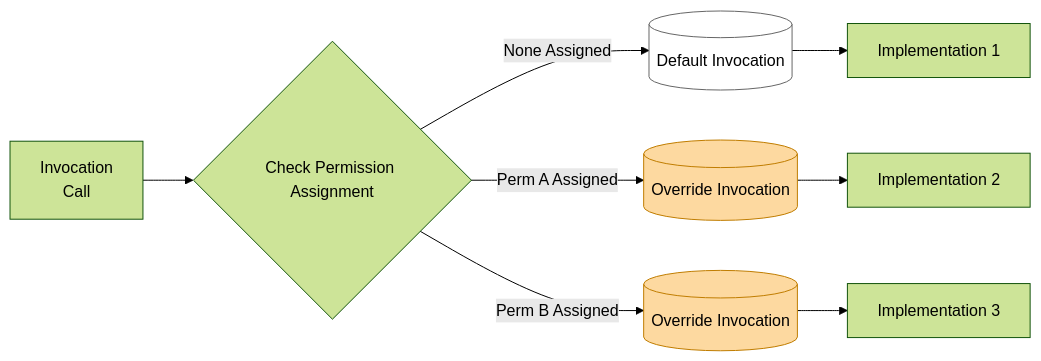
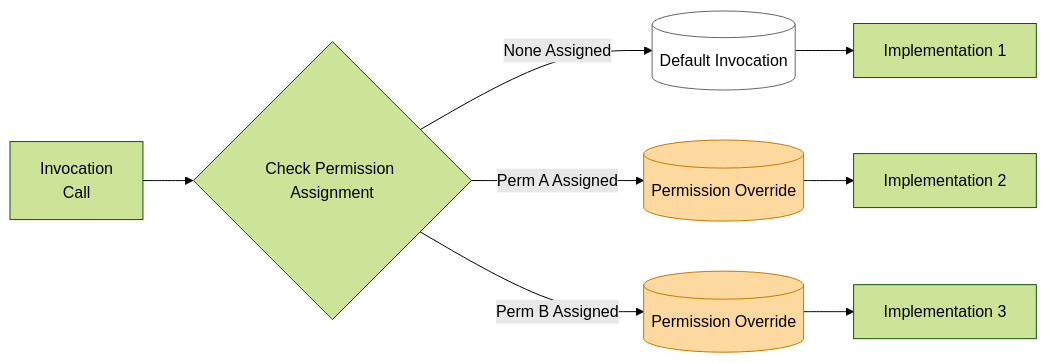
The tenth of 15 diagrams in docs/MicroscopeSolution.md (kevinhenryburke/microscope-pub), drawn with Mermaid (forest theme) before and after one commit. The commit also changed other lines of this file and 4 other files, not shown here.

````diff
--- a/docs/MicroscopeSolution.md
+++ b/docs/MicroscopeSolution.md
@@ -414,22 +414,22 @@
 ```mermaid
 flowchart LR
     INV["Invocation<br>Call"]
     CHK{"Check Permission Assignment"}
     DEF[("Default Invocation")]
-    OVR1[("Override Invocation")]
-    OVR2[("Override Invocation")]
+    OVR1[("Permission Override")]
+    OVR2[("Permission Override")]
     IMP1["Implementation 1"]
     IMP2["Implementation 2"]
     IMP3["Implementation 3"]
 
     INV --> CHK
     CHK -->|"None Assigned"| DEF --> IMP1
     CHK -->|"Perm A Assigned"| OVR1 --> IMP2
     CHK -->|"Perm B Assigned"| OVR2 --> IMP3
 
     DEF:::white
     OVR1:::override
     OVR2:::override
     classDef white fill:#ffffff,stroke:#666
     classDef override fill:#fdd9a0,stroke:#c07d00,color:#000
 ```
````
